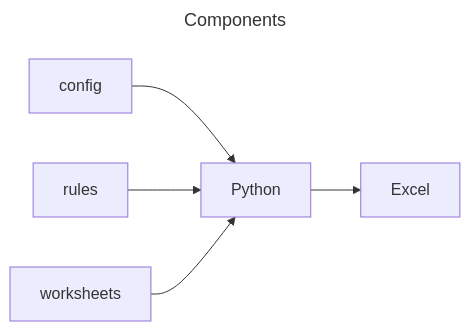
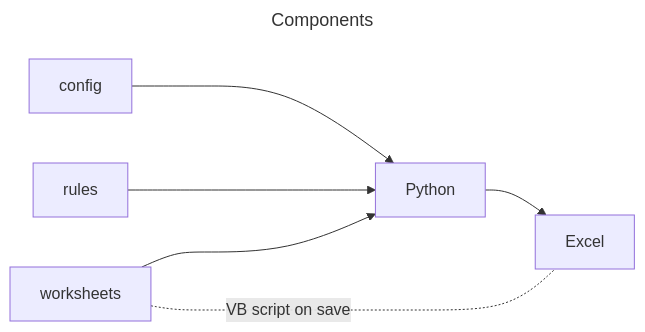
The diagram in DEVELOPERS.md (erichschroeter/csv-excel), drawn with Mermaid before and after one commit.

Commit message:
docs: added line between worksheets and Excel

````diff
--- a/DEVELOPERS.md
+++ b/DEVELOPERS.md
@@ -16,10 +16,11 @@
 ```mermaid
 ---
 title: Components
 ---
 flowchart LR
-    config --> Python
-    rules --> Python
-    worksheets --> Python
+    config ---> Python
+    rules ---> Python
+    worksheets ---> Python
     Python --> Excel
+    worksheets -. VB script on save .- Excel
 ```
````
